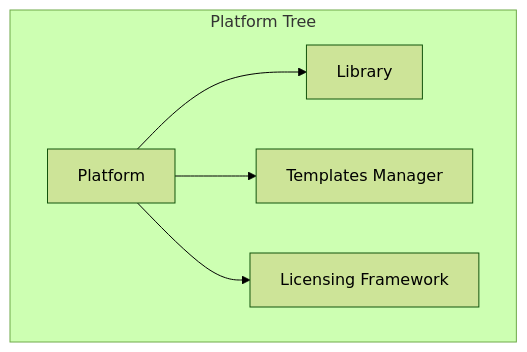
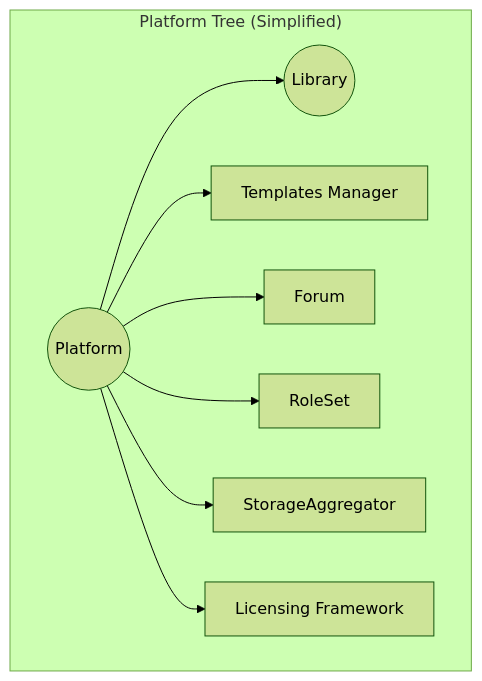
Before and after one commit to alkem-io/server: the sixth of 11 diagrams in docs/credential-based-authorization.md, drawn with Mermaid (forest theme). The commit also changed other lines of this file and 1 other file, not shown here.

````diff
--- a/docs/credential-based-authorization.md
+++ b/docs/credential-based-authorization.md
@@ -228,8 +229,11 @@
 ```mermaid
 graph TD
-    subgraph "Platform Tree"
-        Platform --> Library;
-        Platform --> TM["Templates Manager"];
-        Platform --> LicensingFramework["Licensing Framework"];
+    subgraph "Platform Tree (Simplified)"
+        Platform((Platform)) --> Library((Library))
+        Platform --> TemplatesManager[Templates Manager]
+        Platform --> Forum[Forum]
+        Platform --> PlatformRoleSet[RoleSet]
+        Platform --> StorageAggregator_Platform[StorageAggregator]
+        Platform --> LicensingFramework[Licensing Framework]
     end
 ```
````
